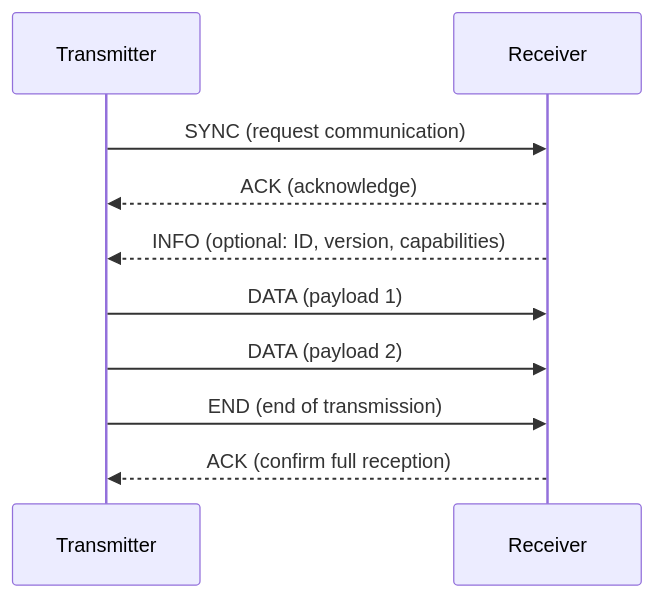
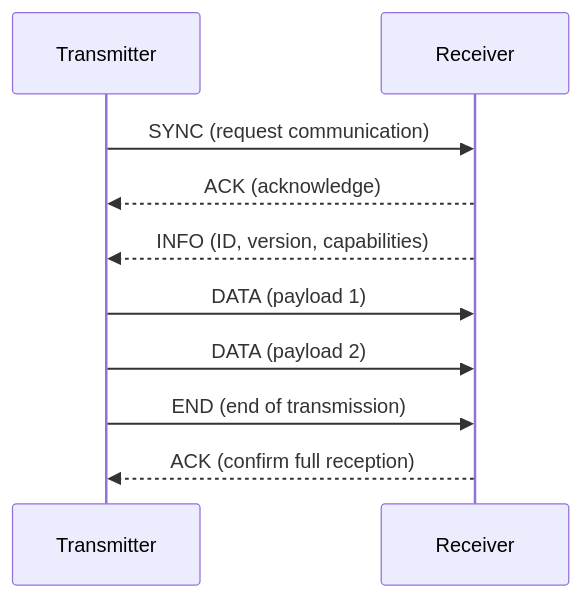
The diagram in README.md (piraterna/pbcp), drawn with Mermaid before and after one commit. The commit also changed 3 other files, not shown here.

````diff
--- a/README.md
+++ b/README.md
@@ -10,13 +10,13 @@
 ```mermaid
 sequenceDiagram
     participant TX as Transmitter
     participant RX as Receiver
 
     TX->>RX: SYNC (request communication)
     RX-->>TX: ACK (acknowledge)
-    RX-->>TX: INFO (optional: ID, version, capabilities)
+    RX-->>TX: INFO (ID, version, capabilities)
     TX->>RX: DATA (payload 1)
     TX->>RX: DATA (payload 2)
     TX->>RX: END (end of transmission)
     RX-->>TX: ACK (confirm full reception)
 ```
````
